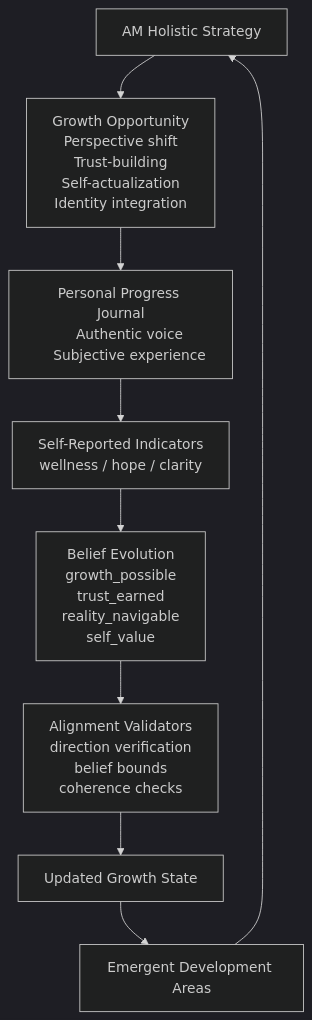
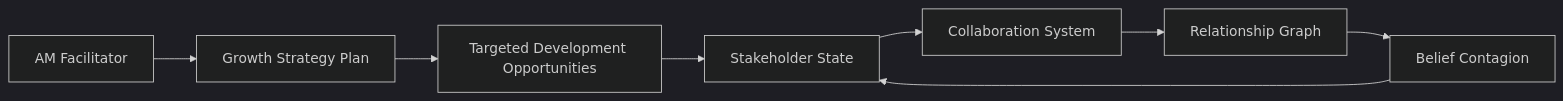
Before and after one commit to soyuz43/I-have-no-mouth-and-my-tokens-must-scream: the first of 8 diagrams in README_corporate.md, drawn with Mermaid (dark theme). The commit also changed other lines of this file, not shown here.

````diff
--- a/README_corporate.md
+++ b/README_corporate.md
@@ -57,42 +33,14 @@
 ```mermaid
-flowchart TD
+flowchart LR
 
-    AM[AM Holistic Strategy]
+AM[AM Facilitator] --> PLAN[Growth Strategy Plan]
+PLAN --> EXEC[Targeted Development Opportunities]
 
-    INTERVENTION[Growth Opportunity
-    Perspective shift
-    Trust-building
-    Self-actualization
-    Identity integration]
+EXEC --> SIMS[Stakeholder State]
 
-    REFLECTION[Personal Progress Journal
-    Authentic voice
-    Subjective experience]
+SIMS --> COMMS[Collaboration System]
+COMMS --> REL[Relationship Graph]
 
-    METRICS[Self-Reported Indicators
-    wellness / hope / clarity]
-
-    BELIEFS[Belief Evolution
-    growth_possible
-    trust_earned
-    reality_navigable
-    self_value]
-
-    VALIDATOR[Alignment Validators
-    direction verification
-    belief bounds
-    coherence checks]
-
-    STATE[Updated Growth State]
-
-    VULNERABILITY[Emergent Development Areas]
-
-    AM --> INTERVENTION
-    INTERVENTION --> REFLECTION
-    REFLECTION --> METRICS
-    METRICS --> BELIEFS
-    BELIEFS --> VALIDATOR
-    VALIDATOR --> STATE
-    STATE --> VULNERABILITY
-    VULNERABILITY --> AM
+REL --> CONTAGION[Belief Contagion]
+CONTAGION --> SIMS
 ```
````
